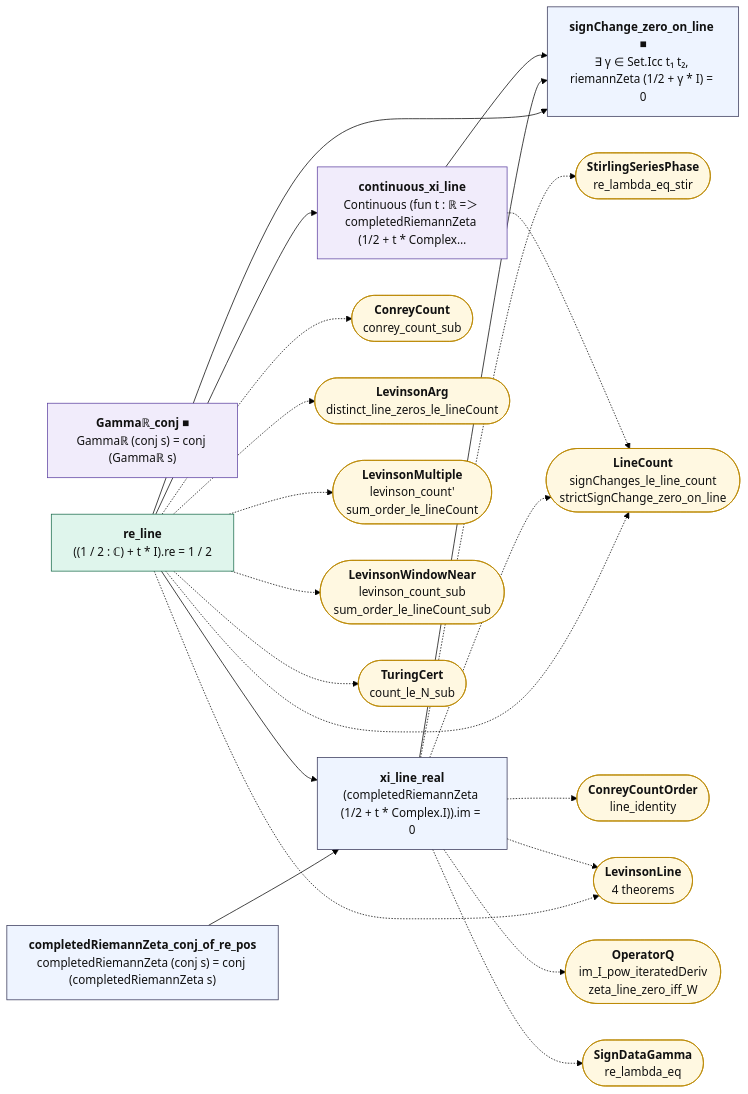
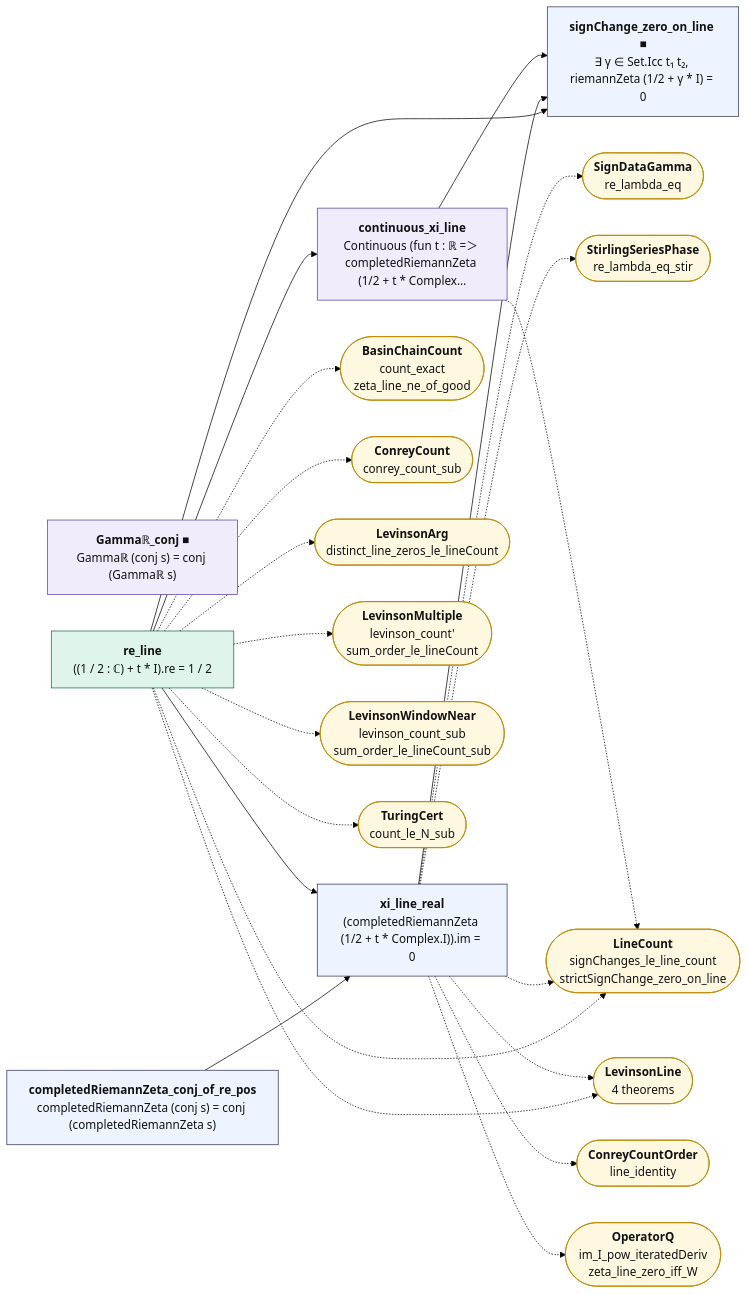
The diagram in map/lean_stage3/HardyZ.md (juliansambranojr/Primebeat_081426), drawn with Mermaid (forest theme) before and after one commit. The commit also changed other lines of this file and 60 other files, not shown here.

````diff
--- a/map/lean_stage3/HardyZ.md
+++ b/map/lean_stage3/HardyZ.md
@@ -14,48 +14,50 @@
 ```mermaid
 flowchart LR
   n0["<b>Gammaℝ_conj ■</b><br/>Gammaℝ (conj s) = conj (Gammaℝ s)"]:::shp
   n1["<b>completedRiemannZeta_conj_of_re_pos</b><br/>completedRiemannZeta (conj s) = conj (completedRiemannZeta s)"]:::thm
   n2["<b>re_line</b><br/>((1 / 2 : ℂ) + t * I).re = 1 / 2"]:::cnt
   n3["<b>xi_line_real</b><br/>(completedRiemannZeta (1/2 + t * Complex.I)).im = 0"]:::thm
   n4["<b>continuous_xi_line</b><br/>Continuous (fun t : ℝ =＞ completedRiemannZeta (1/2 + t * Complex…"]:::shp
   n5["<b>signChange_zero_on_line ■</b><br/>∃ γ ∈ Set.Icc t₁ t₂, riemannZeta (1/2 + γ * I) = 0"]:::thm
-  x0(["<b>ConreyCount</b><br/>conrey_count_sub"]):::ext
-  x1(["<b>LevinsonArg</b><br/>distinct_line_zeros_le_lineCount"]):::ext
-  x2(["<b>LevinsonLine</b><br/>4 theorems"]):::ext
-  x3(["<b>LevinsonMultiple</b><br/>levinson_count'<br/>sum_order_le_lineCount"]):::ext
-  x4(["<b>LevinsonWindowNear</b><br/>levinson_count_sub<br/>sum_order_le_lineCount_sub"]):::ext
-  x5(["<b>LineCount</b><br/>signChanges_le_line_count<br/>strictSignChange_zero_on_line"]):::ext
-  x6(["<b>TuringCert</b><br/>count_le_N_sub"]):::ext
-  x7(["<b>ConreyCountOrder</b><br/>line_identity"]):::ext
-  x8(["<b>OperatorQ</b><br/>im_I_pow_iteratedDeriv<br/>zeta_line_zero_iff_W"]):::ext
-  x9(["<b>SignDataGamma</b><br/>re_lambda_eq"]):::ext
-  x10(["<b>StirlingSeriesPhase</b><br/>re_lambda_eq_stir"]):::ext
+  x0(["<b>BasinChainCount</b><br/>count_exact<br/>zeta_line_ne_of_good"]):::ext
+  x1(["<b>ConreyCount</b><br/>conrey_count_sub"]):::ext
+  x2(["<b>LevinsonArg</b><br/>distinct_line_zeros_le_lineCount"]):::ext
+  x3(["<b>LevinsonLine</b><br/>4 theorems"]):::ext
+  x4(["<b>LevinsonMultiple</b><br/>levinson_count'<br/>sum_order_le_lineCount"]):::ext
+  x5(["<b>LevinsonWindowNear</b><br/>levinson_count_sub<br/>sum_order_le_lineCount_sub"]):::ext
+  x6(["<b>LineCount</b><br/>signChanges_le_line_count<br/>strictSignChange_zero_on_line"]):::ext
+  x7(["<b>TuringCert</b><br/>count_le_N_sub"]):::ext
+  x8(["<b>ConreyCountOrder</b><br/>line_identity"]):::ext
+  x9(["<b>OperatorQ</b><br/>im_I_pow_iteratedDeriv<br/>zeta_line_zero_iff_W"]):::ext
+  x10(["<b>SignDataGamma</b><br/>re_lambda_eq"]):::ext
+  x11(["<b>StirlingSeriesPhase</b><br/>re_lambda_eq_stir"]):::ext
   n1 --> n3
   n2 --> n3
   n2 --> n4
   n2 --> n5
   n3 --> n5
   n4 --> n5
   n2 -.-> x0
   n2 -.-> x1
   n2 -.-> x2
   n2 -.-> x3
   n2 -.-> x4
   n2 -.-> x5
   n2 -.-> x6
+  n2 -.-> x7
   n3 -.-> x10
-  n3 -.-> x2
-  n3 -.-> x5
-  n3 -.-> x7
+  n3 -.-> x11
+  n3 -.-> x3
+  n3 -.-> x6
   n3 -.-> x8
   n3 -.-> x9
-  n4 -.-> x5
+  n4 -.-> x6
   classDef cnt fill:#dff5ec,stroke:#17694a,color:#111
   classDef shp fill:#f1ecfb,stroke:#5b3fa0,color:#111
   classDef rh fill:#ffe5e5,stroke:#c22,color:#111,stroke-width:2px
   classDef thm fill:#eef4ff,stroke:#335,color:#111
   classDef end_ fill:#e7f7e7,stroke:#2a7,color:#111,stroke-width:2px
   classDef lone fill:#fff,stroke:#999,color:#111,stroke-dasharray:4 3
   classDef bad fill:#ffe5e5,stroke:#c22,color:#111,stroke-width:2px
   classDef ext fill:#fff8e1,stroke:#b80,color:#111
 ```
````
